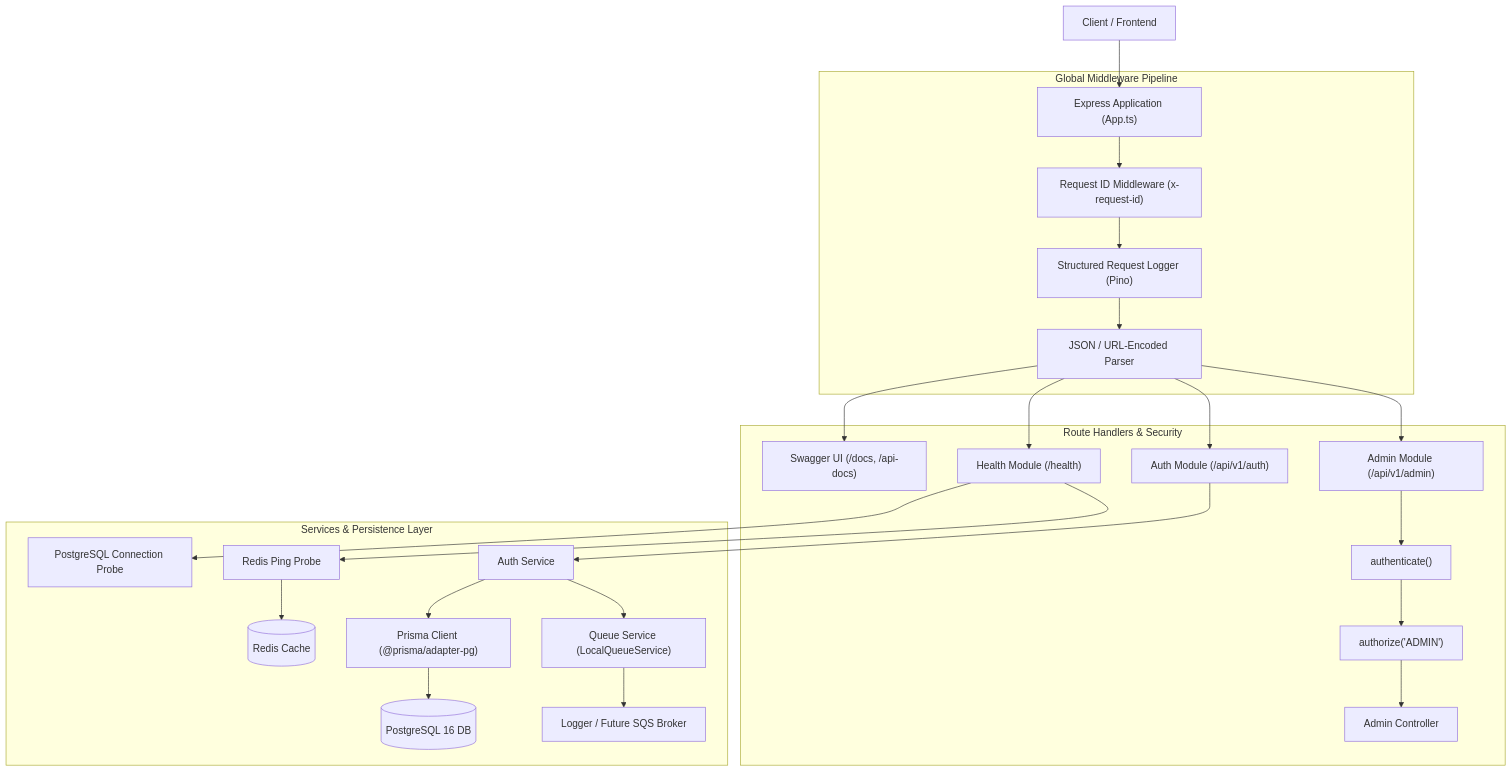
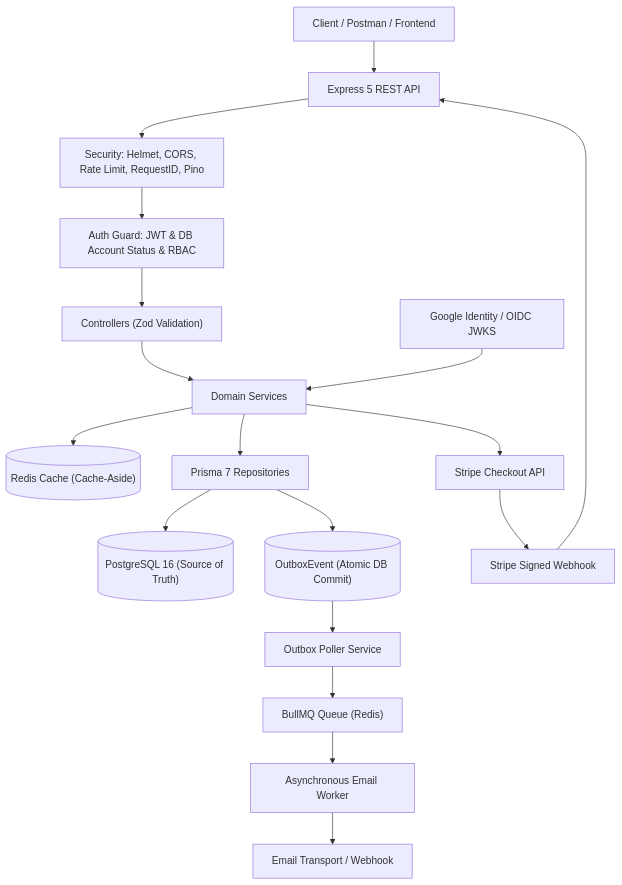
Before and after one commit to prasadm00/backend-api-starter: the first of 4 diagrams in README.md, drawn with Mermaid. The commit also changed other lines of this file and 99 other files, not shown here.

````diff
--- a/README.md
+++ b/README.md
@@ -25,35 +17,20 @@
 ```mermaid
 flowchart TD
-    Client["Client / Frontend"] --> Ingress["Express Application (App.ts)"]
-
-    subgraph Middleware["Global Middleware Pipeline"]
-        Ingress --> ReqId["Request ID Middleware (x-request-id)"]
-        ReqId --> ReqLog["Structured Request Logger (Pino)"]
-        ReqLog --> BodyParse["JSON / URL-Encoded Parser"]
-    end
-
-    subgraph Routing["Route Handlers & Security"]
-        BodyParse --> DocsRoute["Swagger UI (/docs, /api-docs)"]
-        BodyParse --> HealthRoute["Health Module (/health)"]
-        BodyParse --> AuthRoute["Auth Module (/api/v1/auth)"]
-        BodyParse --> AdminRoute["Admin Module (/api/v1/admin)"]
-
-        AdminRoute --> AuthMiddleware["authenticate()"]
-        AuthMiddleware --> RBACMiddleware["authorize('ADMIN')"]
-        RBACMiddleware --> AdminController["Admin Controller"]
-    end
-
-    subgraph Infrastructure["Services & Persistence Layer"]
-        HealthRoute --> PG_Health["PostgreSQL Connection Probe"]
-        HealthRoute --> Redis_Health["Redis Ping Probe"]
-
-        AuthRoute --> AuthService["Auth Service"]
-        AuthService --> PrismaRepo["Prisma Client (@prisma/adapter-pg)"]
-        PrismaRepo --> PostgresDB[("PostgreSQL 16 DB")]
-
-        AuthService --> QueueAdapter["Queue Service (LocalQueueService)"]
-        QueueAdapter --> Logger["Logger / Future SQS Broker"]
-
-        Redis_Health --> RedisInstance[("Redis Cache")]
-    end
+    Client["Client / Postman / Frontend"] --> Express["Express 5 REST API"]
+    Express --> Security["Security: Helmet, CORS, Rate Limit, RequestID, Pino"]
+    Security --> AuthGuard["Auth Guard: JWT & DB Account Status & RBAC"]
+    AuthGuard --> Controllers["Controllers (Zod Validation)"]
+    Controllers --> Services["Domain Services"]
+    Services --> Cache[("Redis Cache (Cache-Aside)")]
+    Services --> Repos["Prisma 7 Repositories"]
+    Repos --> Postgres[("PostgreSQL 16 (Source of Truth)")]
+    Repos --> OutboxTable[("OutboxEvent (Atomic DB Commit)")]
+    OutboxTable --> Poller["Outbox Poller Service"]
+    Poller --> BullMQ["BullMQ Queue (Redis)"]
+    BullMQ --> Worker["Asynchronous Email Worker"]
+    Worker --> EmailGateway["Email Transport / Webhook"]
+    Services --> StripeAPI["Stripe Checkout API"]
+    StripeAPI --> StripeWebhook["Stripe Signed Webhook"]
+    StripeWebhook --> Express
+    GoogleAuth["Google Identity / OIDC JWKS"] --> Services
 ```
````
